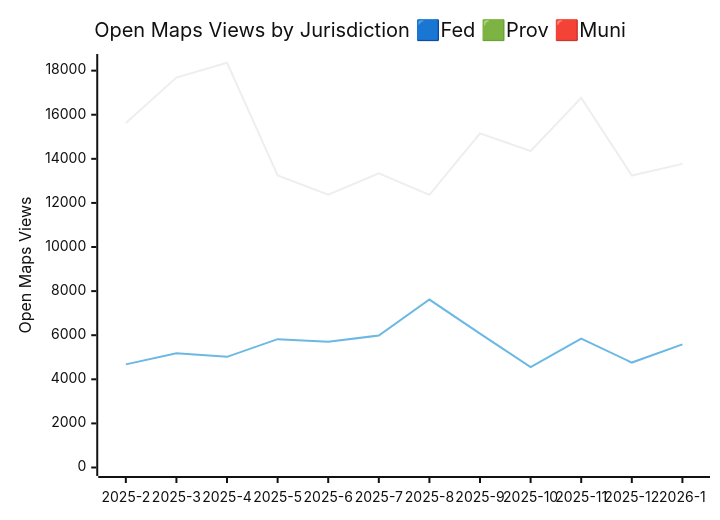
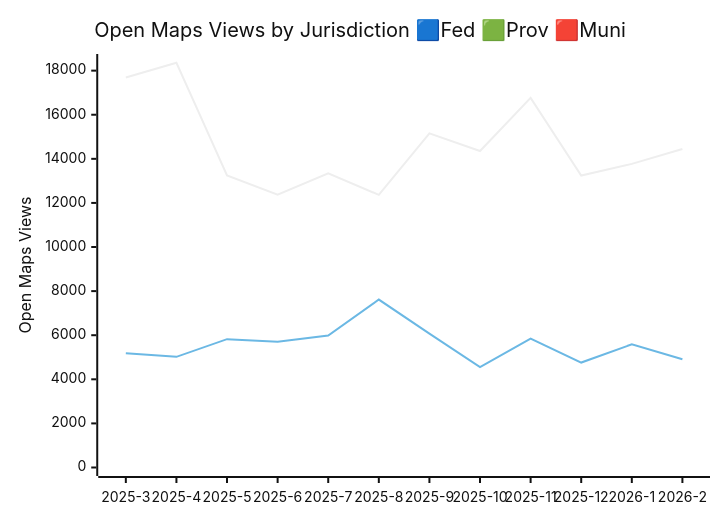
The third of 3 diagrams in JURISDICTION_ANALYTICS_REPORT/readme.md (open-data/analytics-corporate-reporting), drawn with Mermaid (neutral theme) before and after one commit. The commit also changed other lines of this file and 3 other files, not shown here.

````diff
--- a/JURISDICTION_ANALYTICS_REPORT/readme.md
+++ b/JURISDICTION_ANALYTICS_REPORT/readme.md
@@ -41,9 +41,9 @@
 ```mermaid
 
 xychart-beta
     title "Open Maps Views by Jurisdiction 🟦Fed 🟩Prov 🟥Muni"
-    x-axis [2025-2, 2025-3, 2025-4, 2025-5, 2025-6, 2025-7, 2025-8, 2025-9, 2025-10, 2025-11, 2025-12, 2026-1]
+    x-axis [2025-3, 2025-4, 2025-5, 2025-6, 2025-7, 2025-8, 2025-9, 2025-10, 2025-11, 2025-12, 2026-1, 2026-2]
     y-axis "Open Maps Views" 0 --> 18369
-    line [15623, 17687, 18359, 13250, 12379, 13343, 12366, 15153, 14355, 16762, 13244, 13771]
-    line [4677, 5185, 5019, 5822, 5707, 5985, 7617, 6074, 4555, 5845, 4760, 5587]
+    line [17687, 18359, 13250, 12379, 13343, 12366, 15153, 14355, 16762, 13244, 13771, 14448]
+    line [5185, 5019, 5822, 5707, 5985, 7617, 6074, 4555, 5845, 4760, 5587, 4911]
 ```
````
